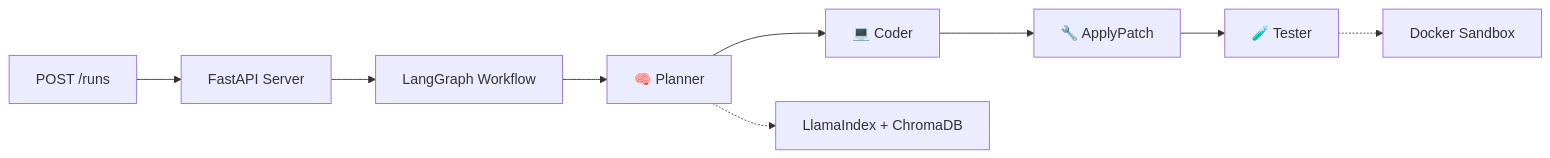
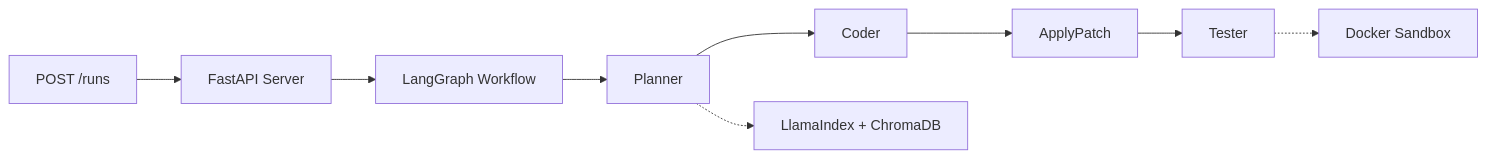
The diagram in README.md (varunbiluri/coda), drawn with Mermaid before and after one commit. The commit also changed other lines of this file and 14 other files, not shown here.

````diff
--- a/README.md
+++ b/README.md
@@ -200,12 +220,12 @@
 ```mermaid
 graph LR
     A[POST /runs] --> B[FastAPI Server]
     B --> C[LangGraph Workflow]
-    C --> D[🧠 Planner]
-    D --> E[💻 Coder]
-    E --> F[🔧 ApplyPatch]
-    F --> G[🧪 Tester]
+    C --> D[Planner]
+    D --> E[Coder]
+    E --> F[ApplyPatch]
+    F --> G[Tester]
 
     D -.-> H[LlamaIndex + ChromaDB]
     G -.-> I[Docker Sandbox]
 ```
````
